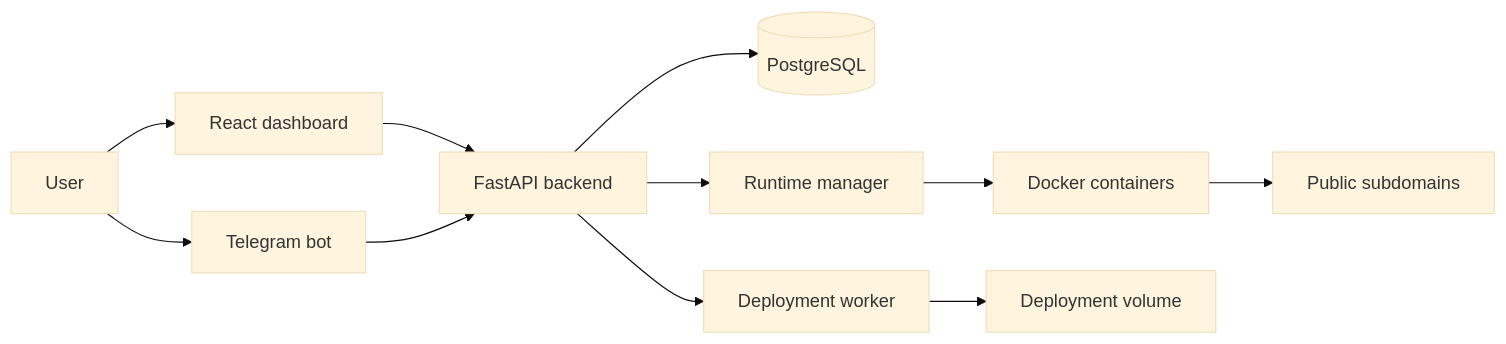
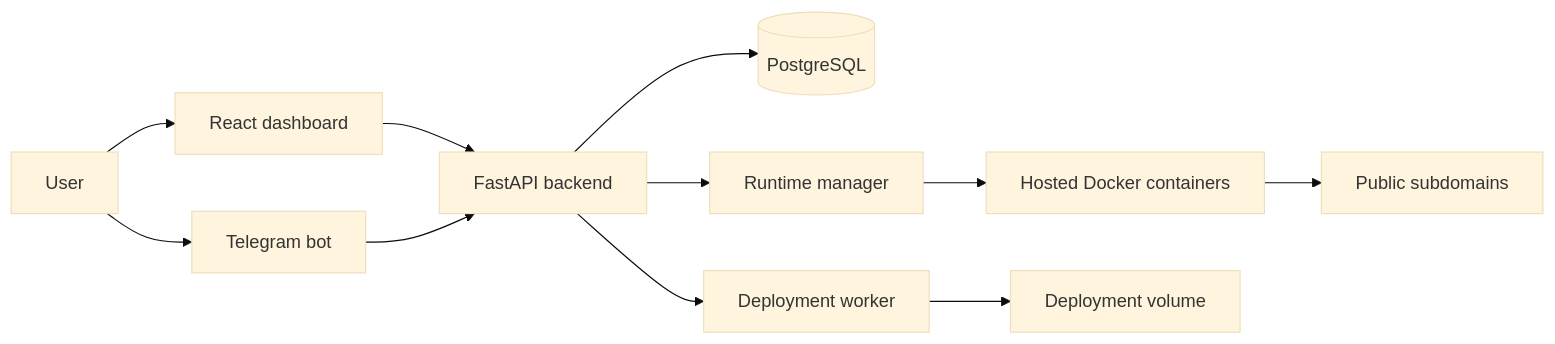
One commit to rasvetovvv/vexhost changed the diagram in README.md. Above: the diagram before and after it, drawn with Mermaid (base theme). The commit also changed other lines of this file, not shown here.

````diff
--- a/README.md
+++ b/README.md
@@ -77,13 +120,13 @@
 ```mermaid
 flowchart LR
   User[User] --> Web[React dashboard]
   User --> Bot[Telegram bot]
   Web --> API[FastAPI backend]
   Bot --> API
   API --> DB[(PostgreSQL)]
   API --> Worker[Deployment worker]
   API --> Runtime[Runtime manager]
-  Runtime --> Docker[Docker containers]
+  Runtime --> Docker[Hosted Docker containers]
   Worker --> Deployments[Deployment volume]
   Docker --> Public[Public subdomains]
 ```
````
